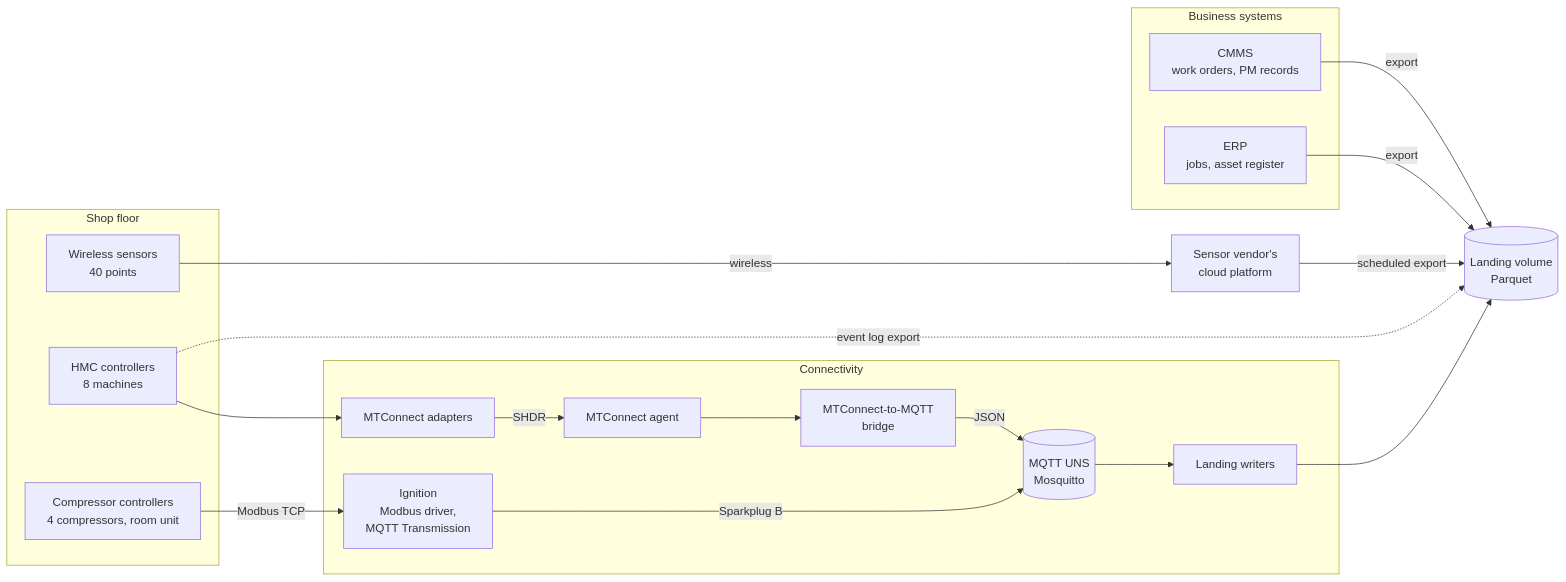
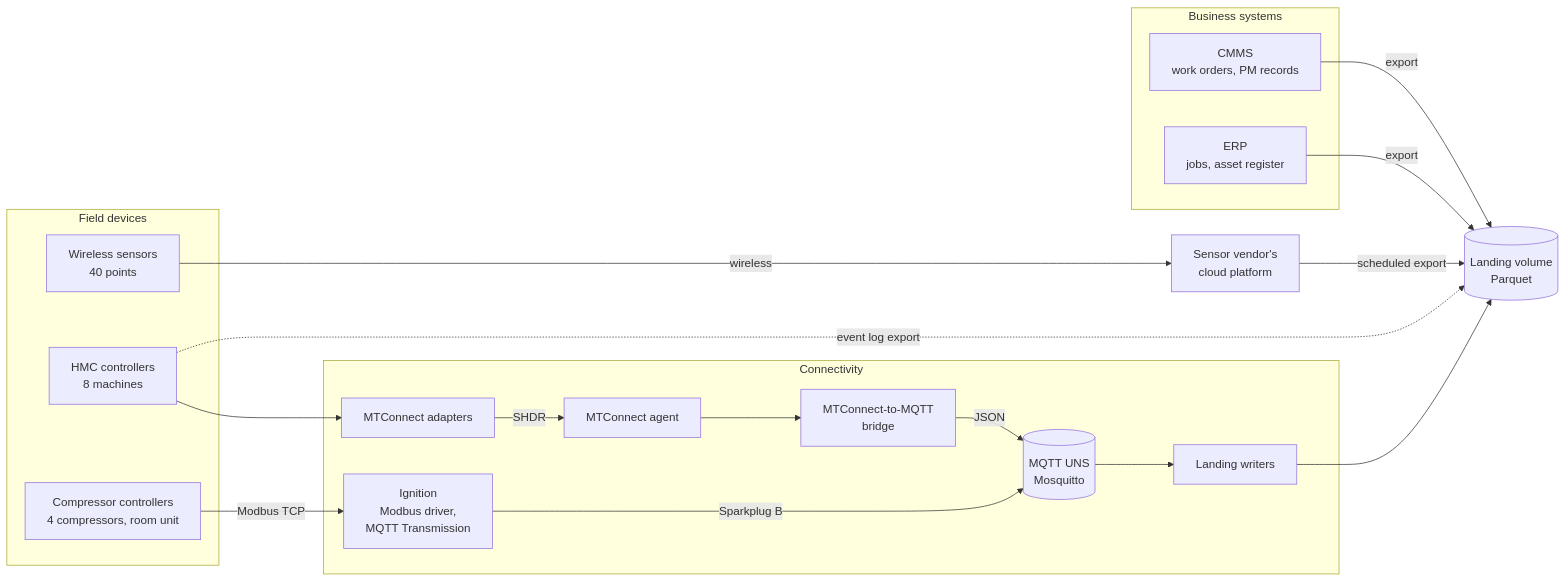
Before and after one commit to bmdvs/predictive-maintenance-ml: the first of 2 diagrams in README.md, drawn with Mermaid.

````diff
--- a/README.md
+++ b/README.md
@@ -118,30 +118,30 @@
 ```mermaid
 flowchart LR
-  subgraph FLOOR["Shop floor"]
+  subgraph FLOOR["Field devices"]
     SENS["Wireless sensors<br/>40 points"]
     HMC["HMC controllers<br/>8 machines"]
     CMP["Compressor controllers<br/>4 compressors, room unit"]
   end
   subgraph CONN["Connectivity"]
     ADP["MTConnect adapters"]
     AGENT["MTConnect agent"]
     BRIDGE["MTConnect-to-MQTT<br/>bridge"]
     IGN["Ignition<br/>Modbus driver,<br/>MQTT Transmission"]
     UNS[("MQTT UNS<br/>Mosquitto")]
     WRT["Landing writers"]
   end
   subgraph BIZ["Business systems"]
     CMMS["CMMS<br/>work orders, PM records"]
     ERP["ERP<br/>jobs, asset register"]
   end
   VEND["Sensor vendor's<br/>cloud platform"]
   LAND[("Landing volume<br/>Parquet")]
 
   SENS -- "wireless" --> VEND -- "scheduled export" --> LAND
   HMC --> ADP -- "SHDR" --> AGENT --> BRIDGE -- "JSON" --> UNS
   CMP -- "Modbus TCP" --> IGN -- "Sparkplug B" --> UNS
   UNS --> WRT --> LAND
   HMC -. "event log export" .-> LAND
   CMMS -- "export" --> LAND
   ERP -- "export" --> LAND
 ```
````
